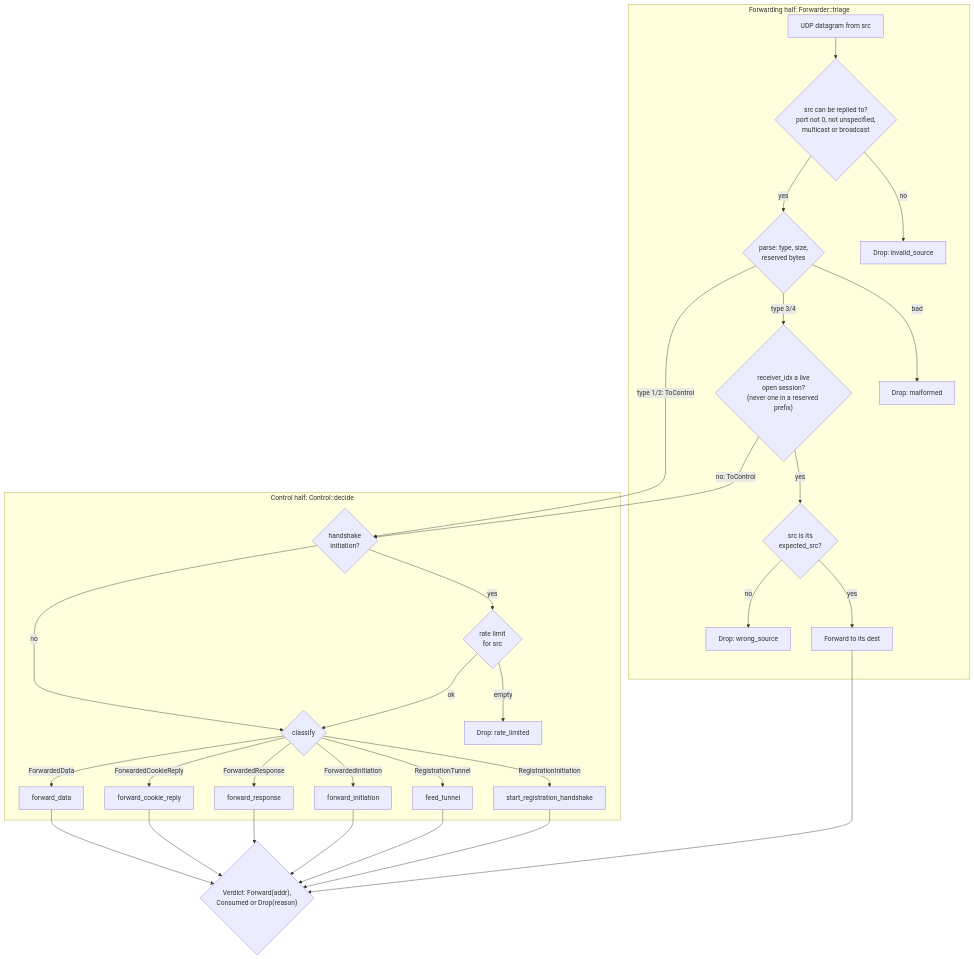
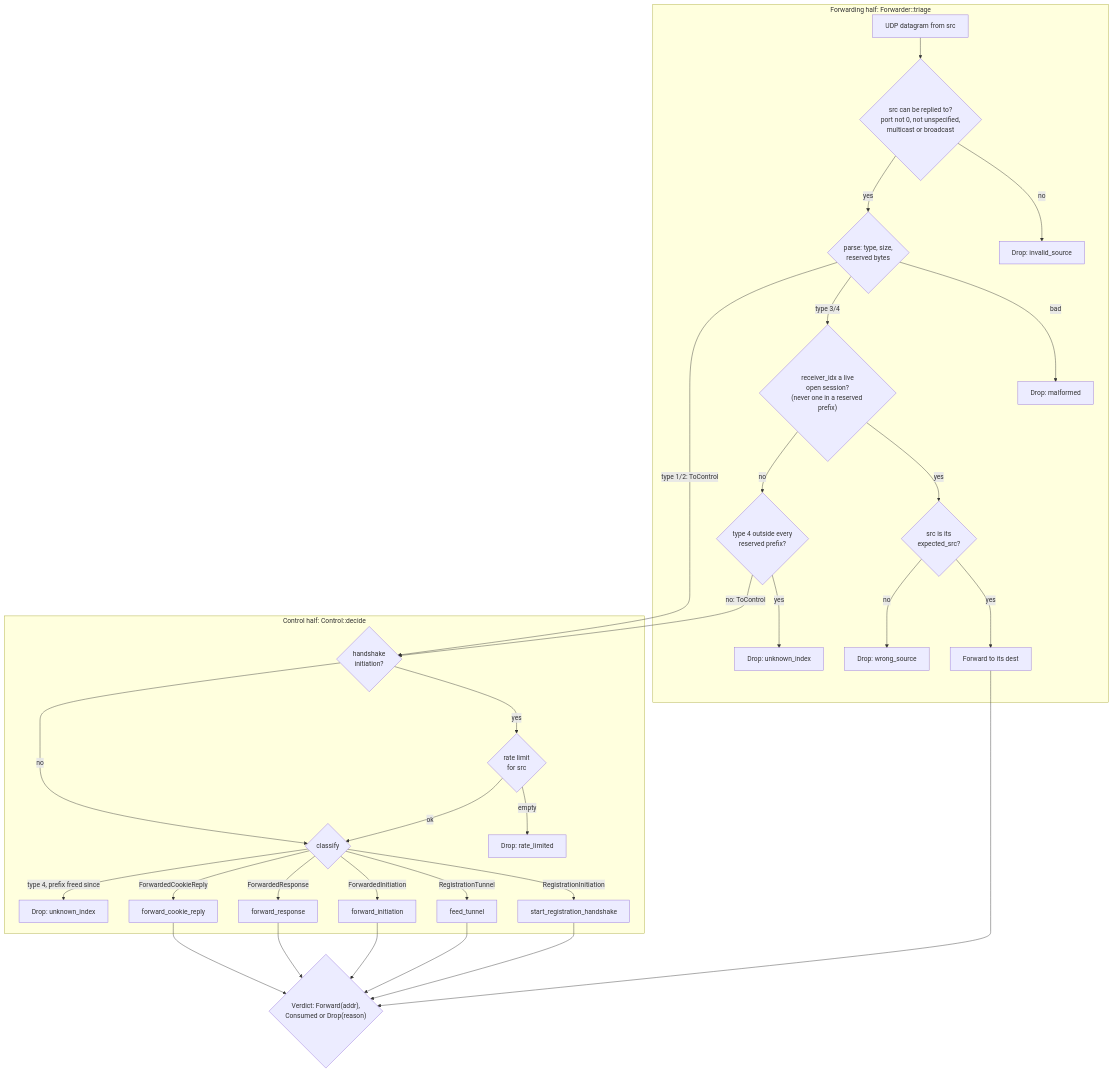
Before and after one commit to 3alpha/wg-relay: diagram 15 of 23 in docs/how-it-works.md, drawn with Mermaid. The commit also changed other lines of this file and 10 other files, not shown here.

First line of the commit message:
fix(relay): drop junk transport data without taking the control lock

````diff
--- a/docs/how-it-works.md
+++ b/docs/how-it-works.md
@@ -540,35 +539,36 @@
 ```mermaid
 flowchart TD
     subgraph fwd["Forwarding half: Forwarder::triage"]
         IN["UDP datagram from src"] --> SV{"src can be replied to?<br/>port not 0, not unspecified,<br/>multicast or broadcast"}
         SV -- no --> D0["Drop: invalid_source"]
         SV -- yes --> P{"parse: type, size,<br/>reserved bytes"}
         P -- bad --> M["Drop: malformed"]
         P -- "type 3/4" --> FO{"receiver_idx a live<br/>open session?<br/>(never one in a reserved prefix)"}
         FO -- yes --> FS{"src is its<br/>expected_src?"}
         FS -- yes --> FW["Forward to its dest"]
         FS -- no --> D3["Drop: wrong_source"]
+        FO -- no --> RP{"type 4 outside every<br/>reserved prefix?"}
+        RP -- yes --> D4["Drop: unknown_index"]
     end
     subgraph ctl["Control half: Control::decide"]
         T{"handshake<br/>initiation?"}
         T -- yes --> RL{"rate limit<br/>for src"}
         RL -- empty --> D1["Drop: rate_limited"]
         RL -- ok --> C{"classify"}
         T -- no --> C
         C -- "RegistrationInitiation" --> REG["start_registration_handshake"]
         C -- "RegistrationTunnel" --> TR["feed_tunnel"]
         C -- "ForwardedInitiation" --> FI["forward_initiation"]
         C -- "ForwardedResponse" --> FR["forward_response"]
         C -- "ForwardedCookieReply" --> FC["forward_cookie_reply"]
-        C -- "ForwardedData" --> FD["forward_data"]
+        C -- "type 4, prefix freed since" --> D5["Drop: unknown_index"]
     end
     P -- "type 1/2: ToControl" --> T
-    FO -- "no: ToControl" --> T
+    RP -- "no: ToControl" --> T
     FW --> V{"Verdict: Forward(addr),<br/>Consumed or Drop(reason)"}
     REG --> V
     TR --> V
     FI --> V
     FR --> V
     FC --> V
-    FD --> V
 ```
````
